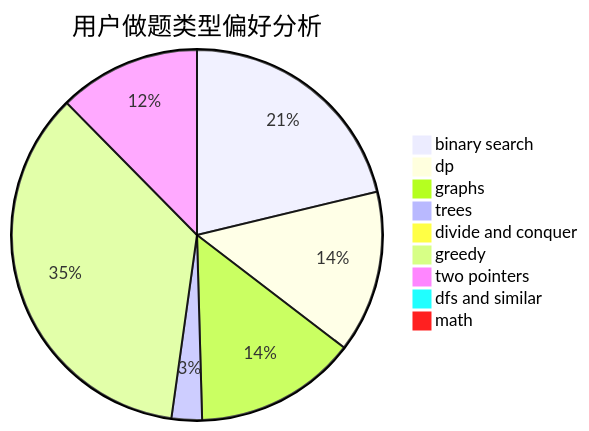
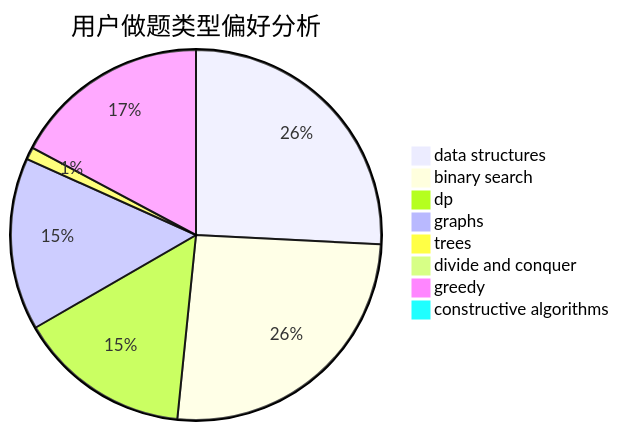
The second of 3 diagrams in docs/user/u1801.md (sherpahu/cfrs.github.io), drawn with Mermaid before and after one commit. The commit also changed other lines of this file and 2775 other files, not shown here.

````diff
--- a/docs/user/u1801.md
+++ b/docs/user/u1801.md
@@ -23,12 +23,11 @@
 ```mermaid
 pie title 用户做题类型偏好分析
+    "data structures" :  24
     "binary search" :  24
-    "dp" :  16
-    "graphs" :  16
-    "trees" :  3
+    "dp" :  14
+    "graphs" :  14
+    "trees" :  1
     "divide and conquer" :  0
-    "greedy" :  40
-    "two pointers" :  14
-    "dfs and similar" :  1
-    "math" :  1
+    "greedy" :  16
+    "constructive algorithms" :  0
 ```
````
